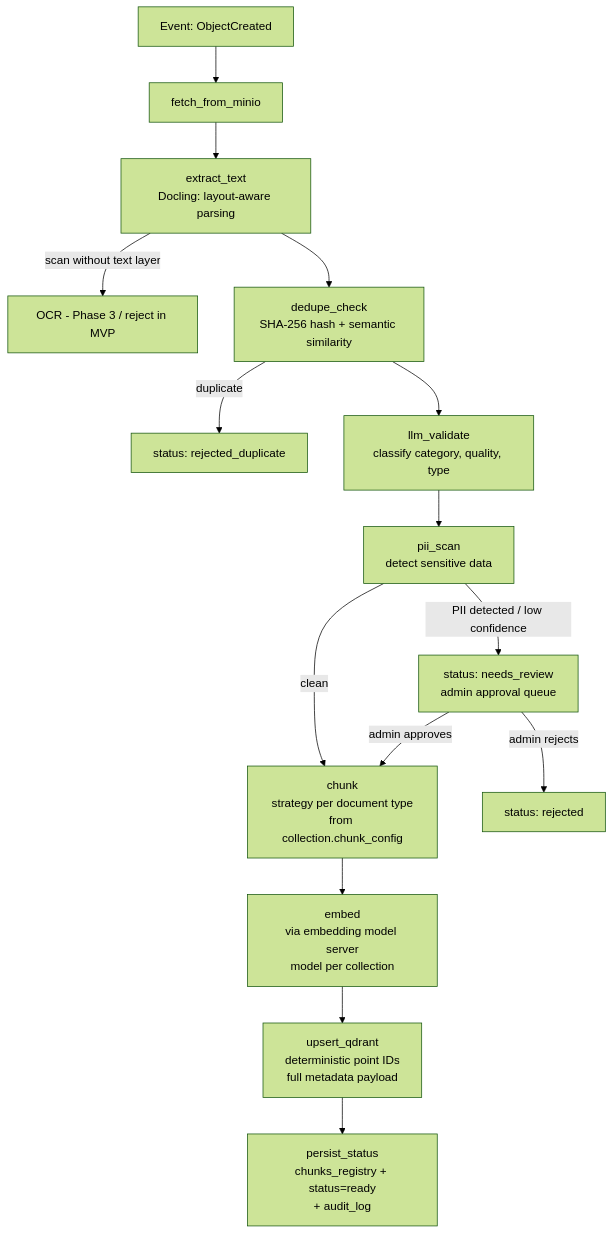
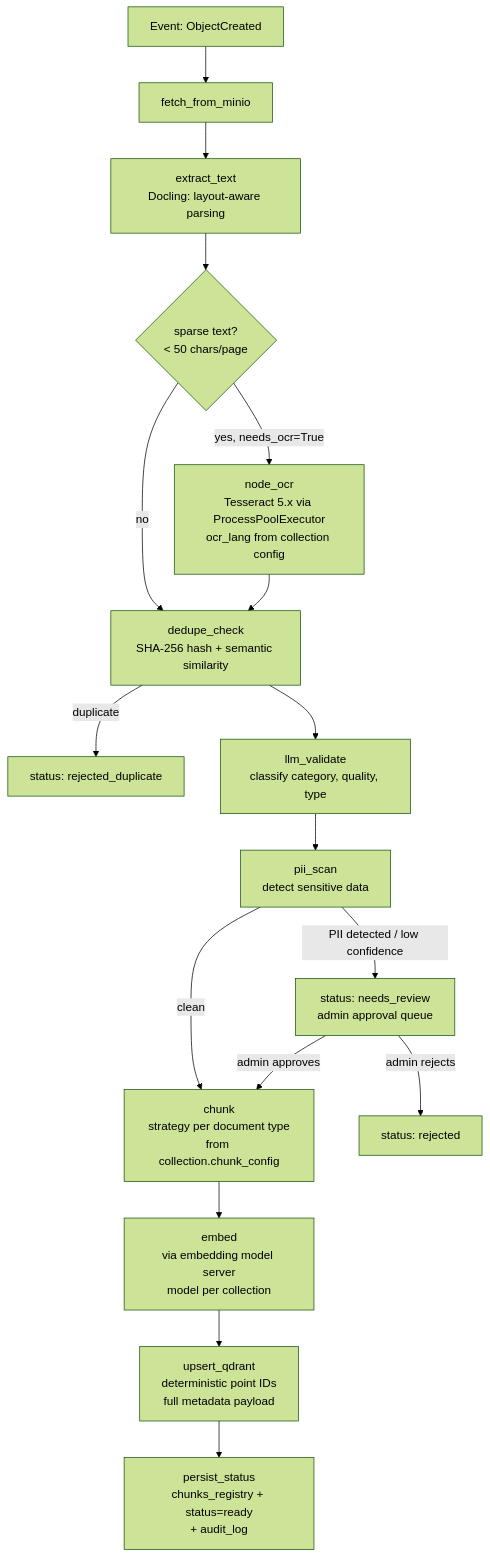
The seventh of 8 diagrams in docs/architecture.md (bwolak94/rag-panel), drawn with Mermaid (forest theme) before and after one commit. The commit also changed other lines of this file and 9 other files, not shown here.

````diff
--- a/docs/architecture.md
+++ b/docs/architecture.md
@@ -453,17 +453,19 @@
 ```mermaid
 graph TD
     A[Event: ObjectCreated] --> B[fetch_from_minio]
     B --> C[extract_text<br/>Docling: layout-aware parsing]
-    C -->|scan without text layer| C2[OCR - Phase 3 / reject in MVP]
-    C --> D[dedupe_check<br/>SHA-256 hash + semantic similarity]
+    C --> OCR_CHECK{sparse text?<br/>< 50 chars/page}
+    OCR_CHECK -->|yes, needs_ocr=True| C2[node_ocr<br/>Tesseract 5.x via ProcessPoolExecutor<br/>ocr_lang from collection config]
+    OCR_CHECK -->|no| D
+    C2 --> D[dedupe_check<br/>SHA-256 hash + semantic similarity]
     D -->|duplicate| X[status: rejected_duplicate]
     D --> E[llm_validate<br/>classify category, quality, type]
     E --> F[pii_scan<br/>detect sensitive data]
     F -->|PII detected / low confidence| R[status: needs_review<br/>admin approval queue]
     F -->|clean| G[chunk<br/>strategy per document type<br/>from collection.chunk_config]
     R -->|admin approves| G
     R -->|admin rejects| Y[status: rejected]
     G --> H[embed<br/>via embedding model server<br/>model per collection]
     H --> I[upsert_qdrant<br/>deterministic point IDs<br/>full metadata payload]
     I --> J[persist_status<br/>chunks_registry + status=ready<br/>+ audit_log]
 ```
````
